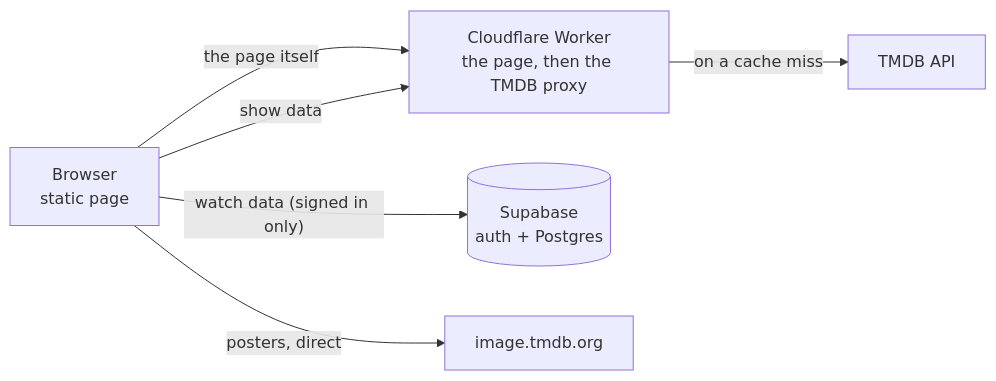
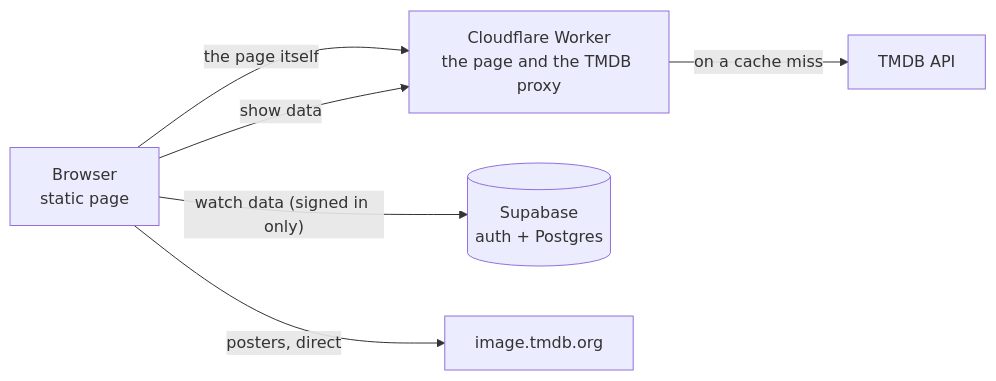
One commit to smaspe/onair changed the diagram in architecture/README.md. Above: the diagram before and after it, drawn with Mermaid. The commit also changed other lines of this file and 14 other files, not shown here.

````diff
--- a/architecture/README.md
+++ b/architecture/README.md
@@ -11,14 +12,14 @@
 ```mermaid
 flowchart LR
   browser["Browser<br/>static page"]
-  worker["Cloudflare Worker<br/>the page, then the TMDB proxy"]
+  worker["Cloudflare Worker<br/>the page and the TMDB proxy"]
   supabase[("Supabase<br/>auth + Postgres")]
   tmdb["TMDB API"]
   images["image.tmdb.org"]
 
   browser -->|"the page itself"| worker
   browser -->|"show data"| worker
   worker -->|"on a cache miss"| tmdb
   browser -->|"watch data (signed in only)"| supabase
   browser -->|"posters, direct"| images
 ```
````
